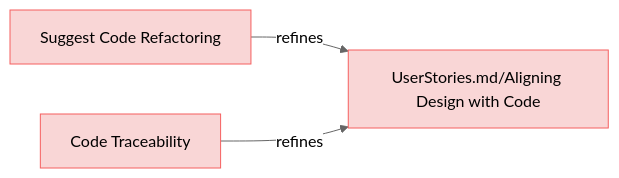
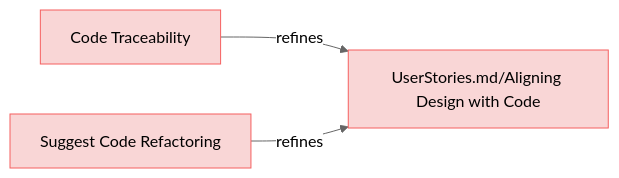
Before and after one commit to reqvire-org/reqvire: the second of 9 diagrams in specifications/UserRequirements.md, drawn with Mermaid (neutral theme). The commit also changed other lines of this file and 29 other files, not shown here.

````diff
--- a/specifications/UserRequirements.md
+++ b/specifications/UserRequirements.md
@@ -47,20 +47,20 @@
 ```mermaid
 graph LR;
   %% Graph styling
   classDef requirement fill:#f9d6d6,stroke:#f55f5f,stroke-width:1px;
   classDef verification fill:#d6f9d6,stroke:#5fd75f,stroke-width:1px;
   classDef externalLink fill:#d0e0ff,stroke:#3080ff,stroke-width:1px;
   classDef default fill:#f5f5f5,stroke:#333333,stroke-width:1px;
 
+  26ca72b617aff229["Code Traceability"];
+  class 26ca72b617aff229 requirement;
+  click 26ca72b617aff229 "UserRequirements.md#code-traceability";
+  855a1b3061c7bcdd["UserStories.md/Aligning Design with Code"];
+  class 855a1b3061c7bcdd requirement;
+  click 855a1b3061c7bcdd "UserStories.md#aligning-design-with-code";
+  26ca72b617aff229 -->|refines| 855a1b3061c7bcdd;
   398641ced77f628c["Suggest Code Refactoring"];
   class 398641ced77f628c requirement;
   click 398641ced77f628c "UserRequirements.md#suggest-code-refactoring";
-  855a1b3061c7bcdd["UserStories.md/Aligning Design with Code"];
-  class 855a1b3061c7bcdd requirement;
-  click 855a1b3061c7bcdd "UserStories.md#aligning-design-with-code";
   398641ced77f628c -->|refines| 855a1b3061c7bcdd;
-  26ca72b617aff229["Code Traceability"];
-  class 26ca72b617aff229 requirement;
-  click 26ca72b617aff229 "UserRequirements.md#code-traceability";
-  26ca72b617aff229 -->|refines| 855a1b3061c7bcdd;
 ```
````
